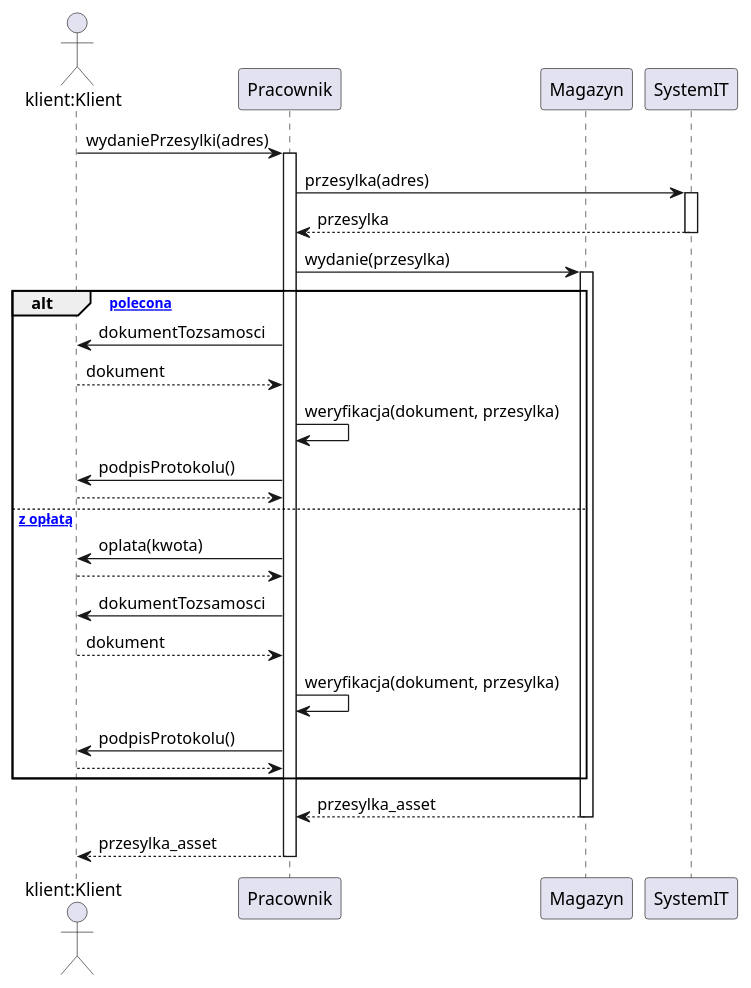
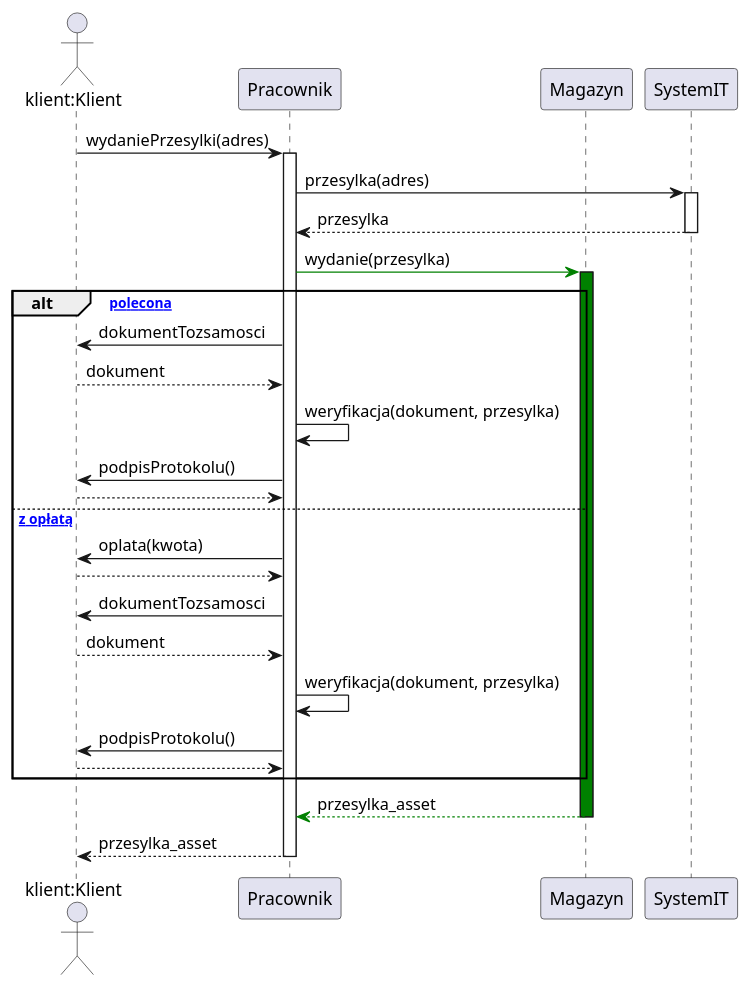
Before and after one commit to kpodlaski/ProjektowanieObiektowe_2024-24: the diagram in zaoczne/g1/poczta_diage_sekwencji.plantuml, drawn with PlantUML. The commit also changed 1 other file, not shown here.

Commit message:
diagram stanów

```diff
--- a/zaoczne/g1/poczta_diage_sekwencji.plantuml
+++ b/zaoczne/g1/poczta_diage_sekwencji.plantuml
@@ -1,34 +1,35 @@
 @startuml
 
 actor "klient:Klient" as klient
 participant Pracownik
 participant Magazyn
 participant SystemIT
 
 klient -> Pracownik : wydaniePrzesylki(adres)
 activate Pracownik
 Pracownik -> SystemIT : przesylka(adres)
 activate SystemIT
 return przesylka
-Pracownik -> Magazyn : wydanie(przesylka)
-activate Magazyn
+' Osobny wątek więc w innym kolorze 
+Pracownik -[#green]> Magazyn : wydanie(przesylka)
+activate Magazyn #green
 alt [przesylka polecona]
 Pracownik -> klient : dokumentTozsamosci
 klient -->Pracownik: dokument
 Pracownik -> Pracownik : weryfikacja(dokument, przesylka)
 Pracownik -> klient : podpisProtokolu()
 klient --> Pracownik 
 else [polecony z opłatą]
 Pracownik -> klient : oplata(kwota)
 klient --> Pracownik
 Pracownik -> klient : dokumentTozsamosci
 klient -->Pracownik: dokument
 Pracownik -> Pracownik : weryfikacja(dokument, przesylka)
 Pracownik -> klient : podpisProtokolu()
 klient --> Pracownik 
 end
-Magazyn --> Pracownik : przesylka_asset
+Magazyn -[#green]-> Pracownik : przesylka_asset 
 deactivate Magazyn
 Pracownik --> klient : przesylka_asset
 deactivate Pracownik
 @enduml
```
